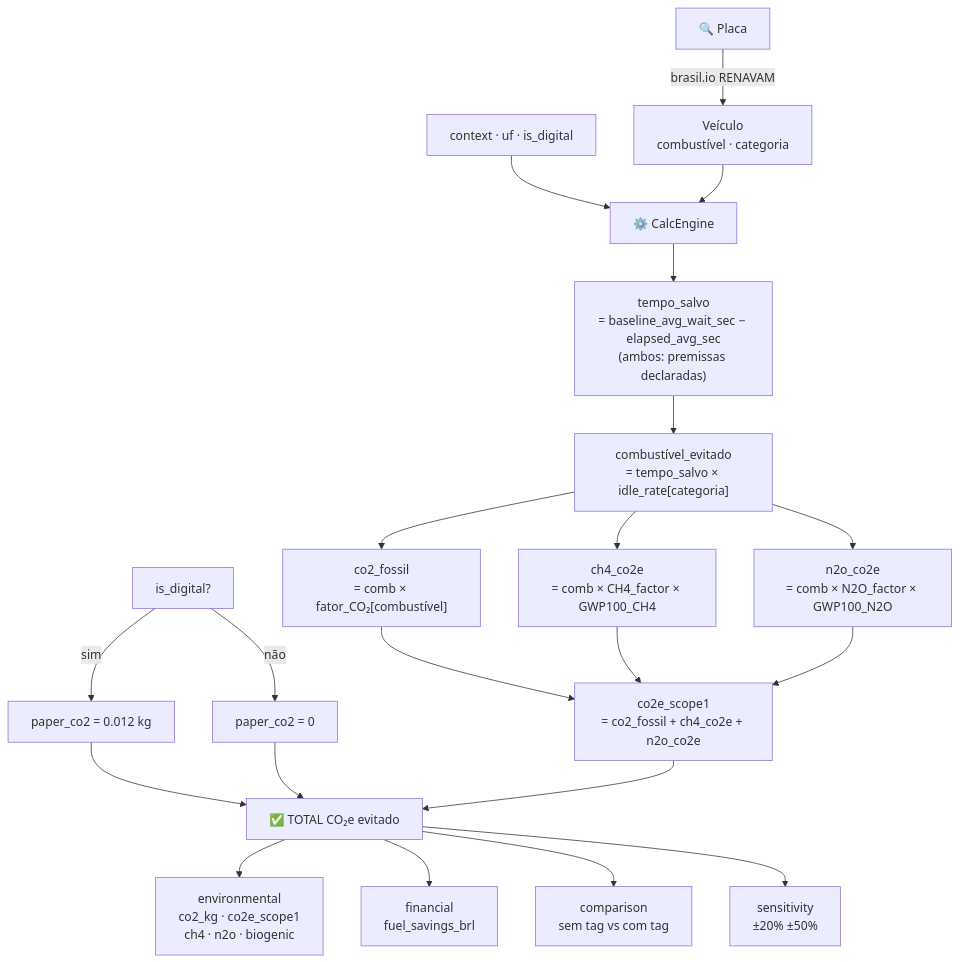
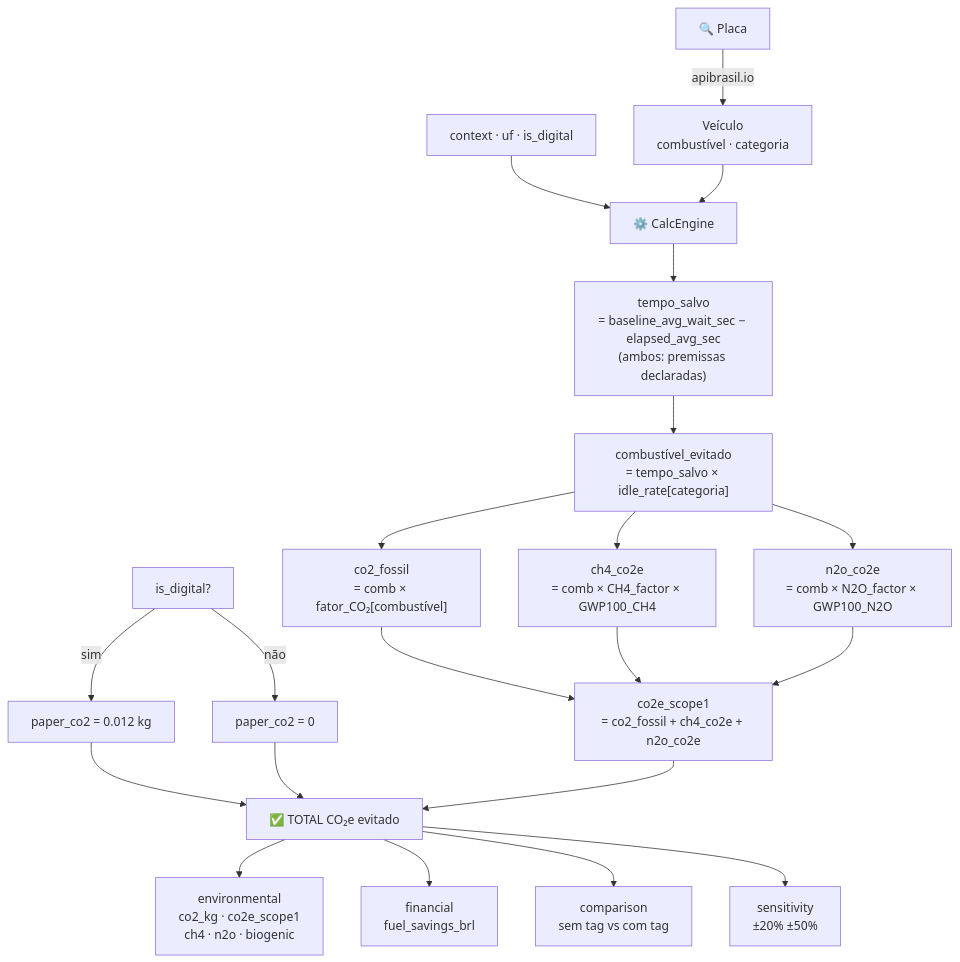
Before and after one commit to IgrPhillipe/taggy-ecoscore: the diagram in app/back/docs/engine.md, drawn with Mermaid. The commit also changed other lines of this file and 8 other files, not shown here.

````diff
--- a/app/back/docs/engine.md
+++ b/app/back/docs/engine.md
@@ -5,31 +5,31 @@
 ```mermaid
 flowchart TD
-    A["🔍 Placa"] -->|brasil.io RENAVAM| B["Veículo\ncombustível · categoria"]
+    A["🔍 Placa"] -->|apibrasil.io| B["Veículo\ncombustível · categoria"]
     C["context · uf · is_digital"] --> D
 
     B --> D["⚙️ CalcEngine"]
 
     D --> E["tempo_salvo\n= baseline_avg_wait_sec − elapsed_avg_sec\n(ambos: premissas declaradas)"]
     E --> F["combustível_evitado\n= tempo_salvo × idle_rate[categoria]"]
 
     F --> G["co2_fossil\n= comb × fator_CO₂[combustível]"]
     F --> H["ch4_co2e\n= comb × CH4_factor × GWP100_CH4"]
     F --> I["n2o_co2e\n= comb × N2O_factor × GWP100_N2O"]
 
     G --> J["co2e_scope1\n= co2_fossil + ch4_co2e + n2o_co2e"]
     H --> J
     I --> J
 
     K["is_digital?"] -->|sim| L["paper_co2 = 0.012 kg"]
     K -->|não| M["paper_co2 = 0"]
     L --> N
     M --> N
     J --> N
 
     N["✅ TOTAL CO₂e evitado"]
 
     N --> O1["environmental\nco2_kg · co2e_scope1\nch4 · n2o · biogenic"]
     N --> O2["financial\nfuel_savings_brl"]
     N --> O3["comparison\nsem tag vs com tag"]
     N --> O4["sensitivity\n±20% ±50%"]
 ```
````
